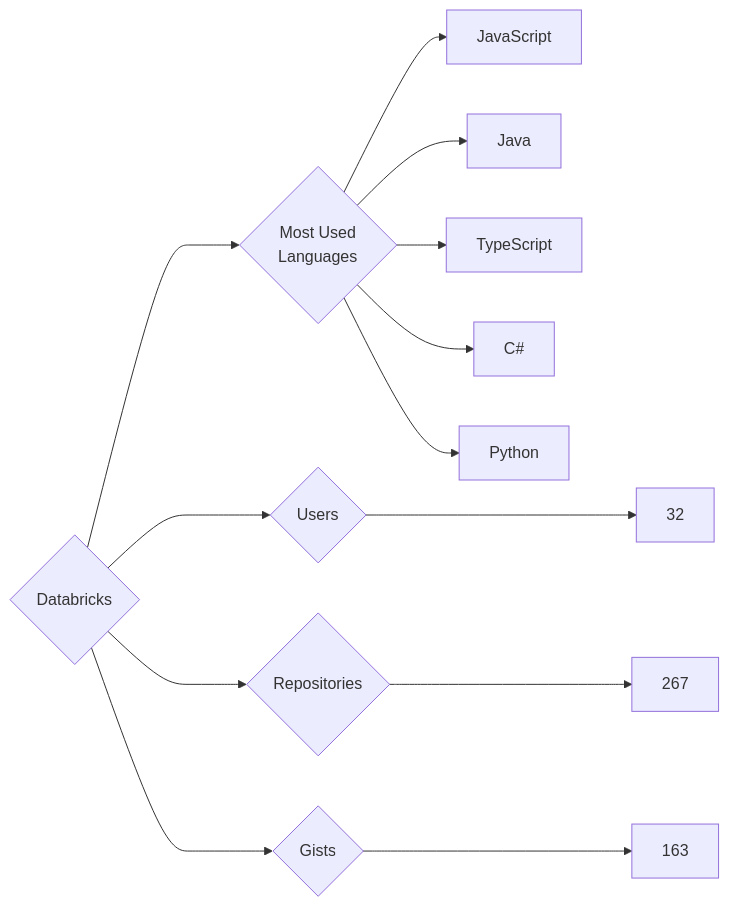
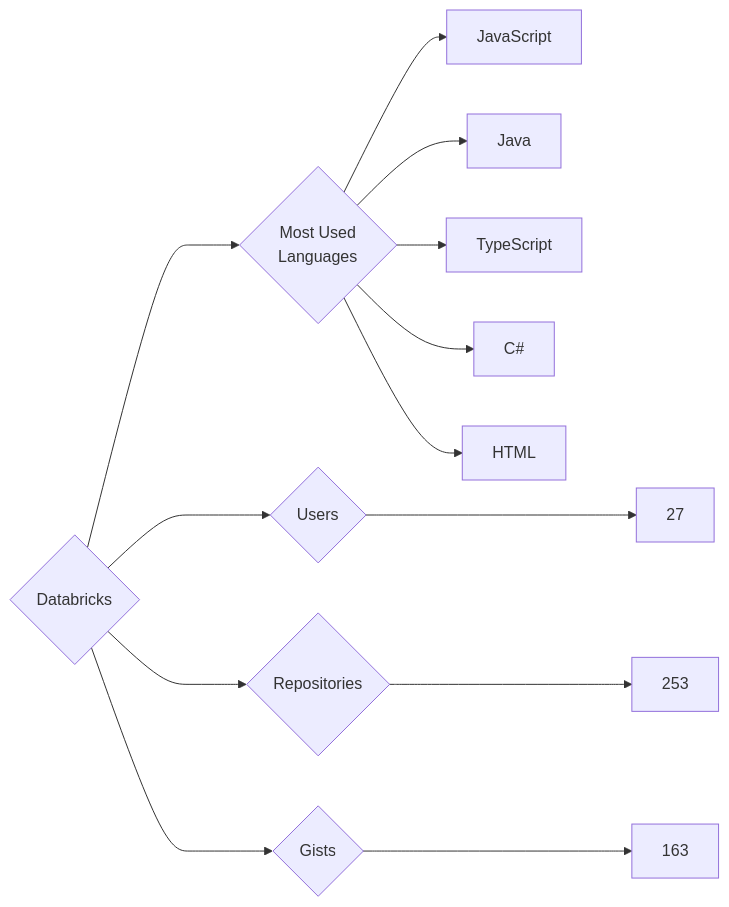
One commit to trickest/insiders changed the diagram in targets/Databricks/README.md. Above: the diagram before and after it, drawn with Mermaid. The commit also changed 998 other files, not shown here.

````diff
--- a/targets/Databricks/README.md
+++ b/targets/Databricks/README.md
@@ -3,13 +3,13 @@
 ```mermaid
 graph LR
 COMPANY_NAME{Databricks}
-COMPANY_NAME ---> U{Users} ---> UN[32]
-COMPANY_NAME ---> R{Repositories} ---> RN[267]
+COMPANY_NAME ---> U{Users} ---> UN[27]
+COMPANY_NAME ---> R{Repositories} ---> RN[253]
 COMPANY_NAME ---> G{Gists} ---> GN[163]
 COMPANY_NAME ---> ML{Most Used<br>Languages}
 ML --> JavaScript[JavaScript]
 ML --> Java[Java]
 ML --> TypeScript[TypeScript]
 ML --> C#[C#]
-ML --> Python[Python]
+ML --> HTML[HTML]
 ```
````
